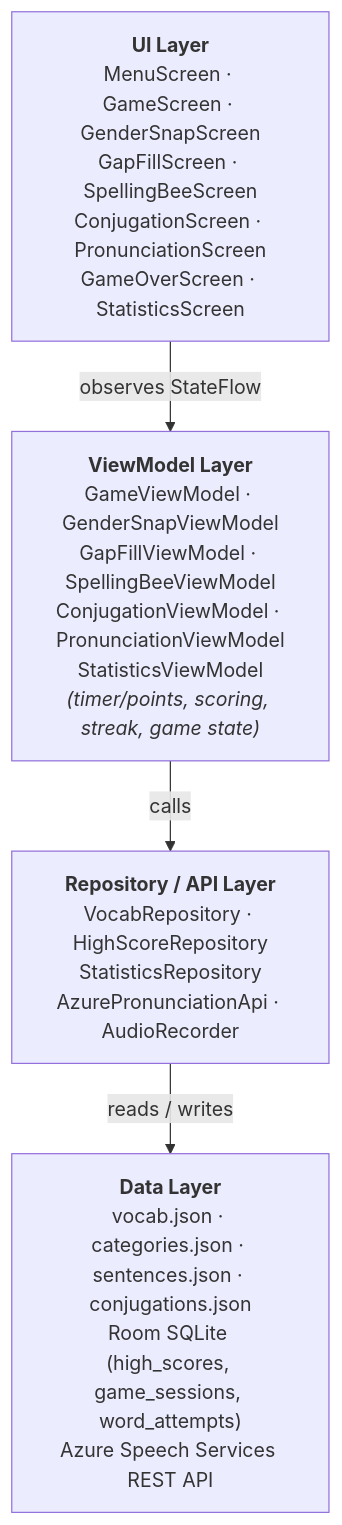
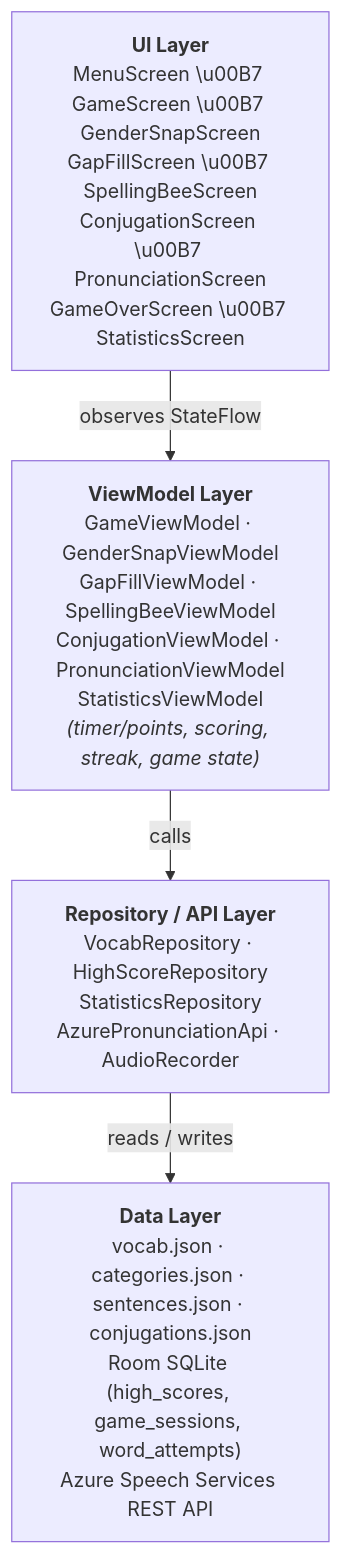
The diagram in README.md (florianow/hubert), drawn with Mermaid before and after one commit. The commit also changed other lines of this file, not shown here.

Commit message:
Update README with French game names, Hubert choisit!, and timer-based Conjuguez! scoring

````diff
--- a/README.md
+++ b/README.md
@@ -323,11 +329,11 @@
 ```mermaid
 graph TD
-    UI["<b>UI Layer</b><br/>MenuScreen · GameScreen · GenderSnapScreen<br/>GapFillScreen · SpellingBeeScreen<br/>ConjugationScreen · PronunciationScreen<br/>GameOverScreen · StatisticsScreen"]
+    UI["<b>UI Layer</b><br/>MenuScreen \u00B7 GameScreen \u00B7 GenderSnapScreen<br/>GapFillScreen \u00B7 SpellingBeeScreen<br/>ConjugationScreen \u00B7 PronunciationScreen<br/>GameOverScreen \u00B7 StatisticsScreen"]
     VM["<b>ViewModel Layer</b><br/>GameViewModel · GenderSnapViewModel<br/>GapFillViewModel · SpellingBeeViewModel<br/>ConjugationViewModel · PronunciationViewModel<br/>StatisticsViewModel<br/><i>(timer/points, scoring, streak, game state)</i>"]
     REPO["<b>Repository / API Layer</b><br/>VocabRepository · HighScoreRepository<br/>StatisticsRepository<br/>AzurePronunciationApi · AudioRecorder"]
     DATA["<b>Data Layer</b><br/>vocab.json · categories.json · sentences.json · conjugations.json<br/>Room SQLite (high_scores, game_sessions, word_attempts)<br/>Azure Speech Services REST API"]
 
     UI -- "observes StateFlow" --> VM
     VM -- "calls" --> REPO
     REPO -- "reads / writes" --> DATA
 ```
````
